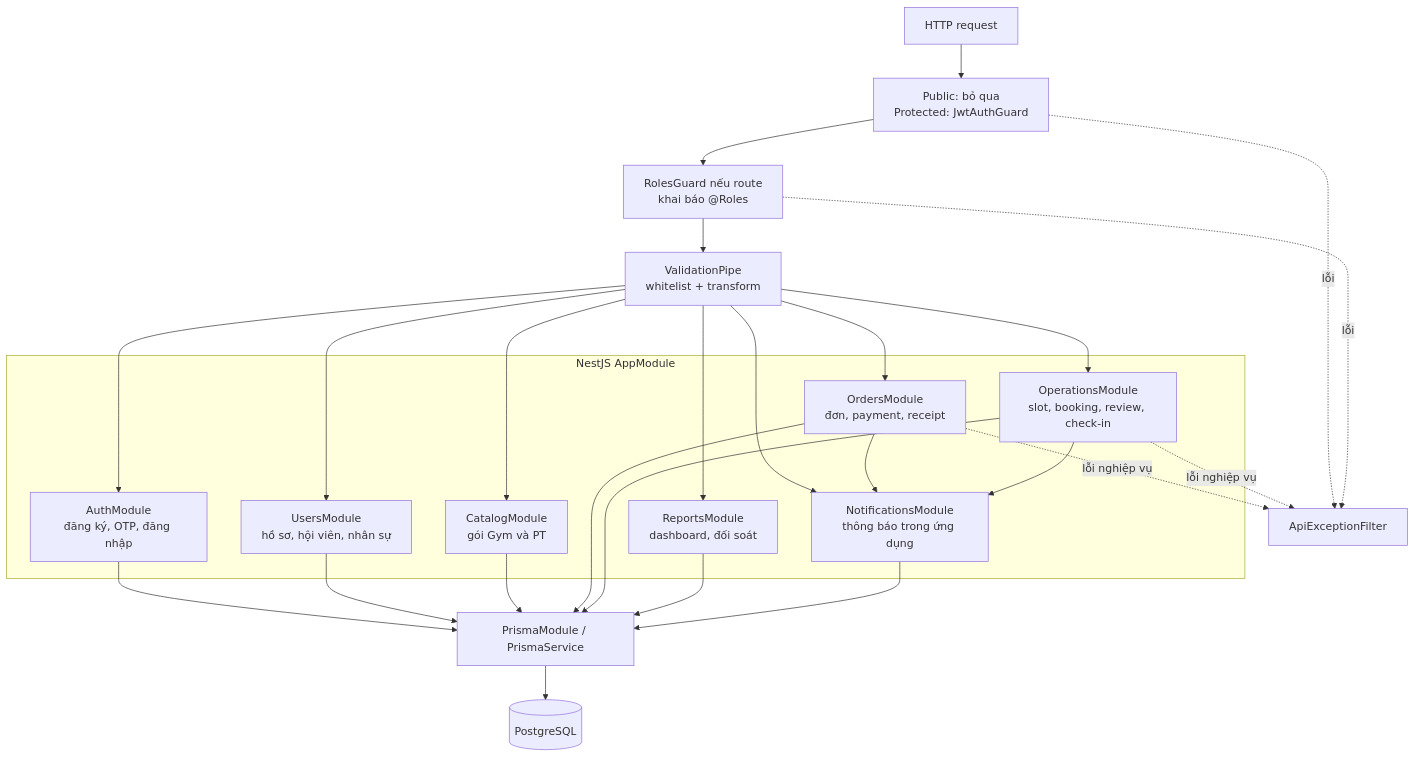
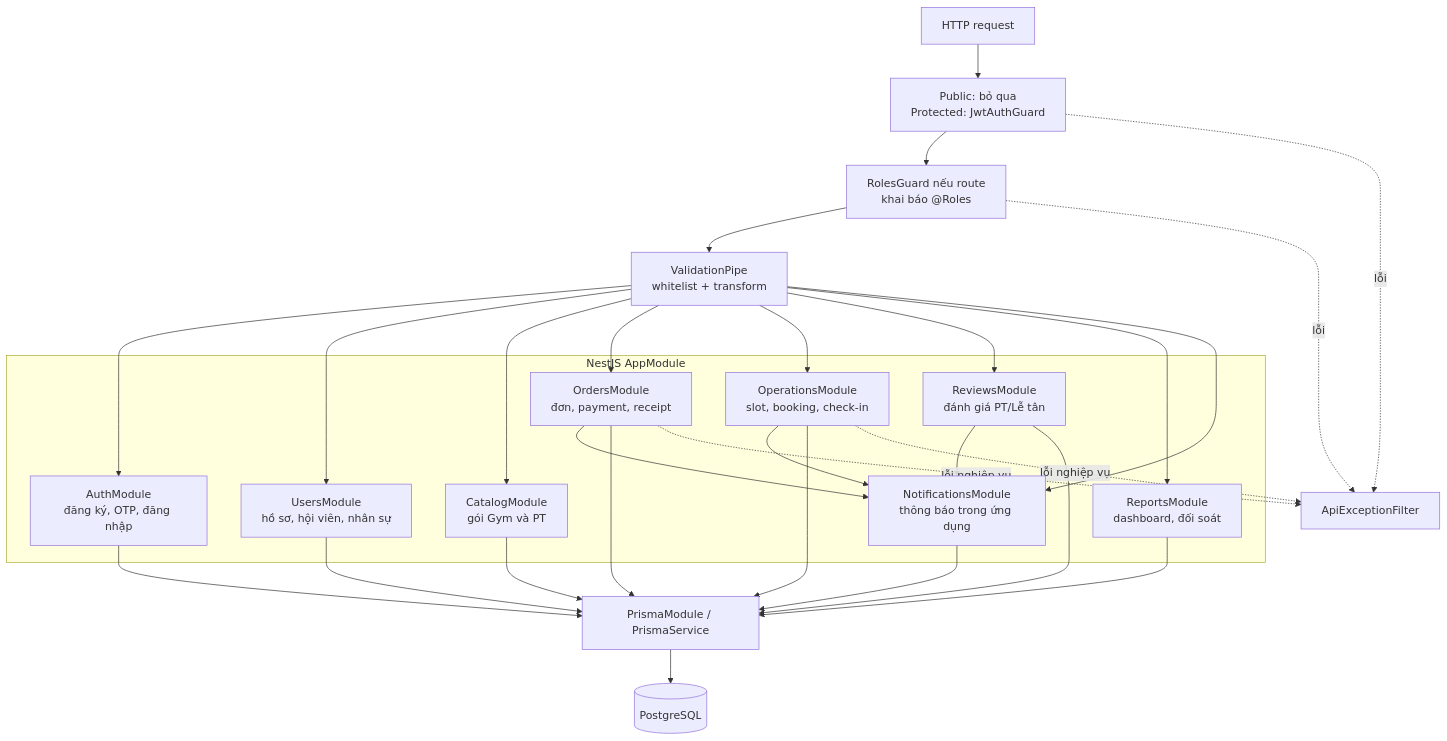
One commit to vhoanglong54/CNPM_GYM changed the third of 4 diagrams in docs/06-UML-Diagrams/Architecture.md. Above: the diagram before and after it, drawn with Mermaid. The commit also changed other lines of this file and 11 other files, not shown here.

````diff
--- a/docs/06-UML-Diagrams/Architecture.md
+++ b/docs/06-UML-Diagrams/Architecture.md
@@ -61,44 +61,48 @@
 ```mermaid
 flowchart TB
   Request[HTTP request]
   Pipe[ValidationPipe<br/>whitelist + transform]
   AuthGuard[Public: bỏ qua<br/>Protected: JwtAuthGuard]
   RoleGuard[RolesGuard nếu route<br/>khai báo @Roles]
   Filter[ApiExceptionFilter]
 
   subgraph Modules[NestJS AppModule]
     Auth[AuthModule<br/>đăng ký, OTP, đăng nhập]
     Users[UsersModule<br/>hồ sơ, hội viên, nhân sự]
     Catalog[CatalogModule<br/>gói Gym và PT]
     Orders[OrdersModule<br/>đơn, payment, receipt]
-    Operations[OperationsModule<br/>slot, booking, review, check-in]
+    Operations[OperationsModule<br/>slot, booking, check-in]
+    Reviews[ReviewsModule<br/>đánh giá PT/Lễ tân]
     Reports[ReportsModule<br/>dashboard, đối soát]
     Notifications[NotificationsModule<br/>thông báo trong ứng dụng]
   end
 
   Prisma[PrismaModule / PrismaService]
   Database[(PostgreSQL)]
 
   Request --> AuthGuard --> RoleGuard --> Pipe
   Pipe --> Auth
   Pipe --> Users
   Pipe --> Catalog
   Pipe --> Orders
   Pipe --> Operations
+  Pipe --> Reviews
   Pipe --> Reports
   Pipe --> Notifications
   Orders --> Notifications
   Operations --> Notifications
+  Reviews --> Notifications
   Auth --> Prisma
   Users --> Prisma
   Catalog --> Prisma
   Orders --> Prisma
   Operations --> Prisma
+  Reviews --> Prisma
   Reports --> Prisma
   Notifications --> Prisma
   Prisma --> Database
   AuthGuard -. lỗi .-> Filter
   RoleGuard -. lỗi .-> Filter
   Orders -. lỗi nghiệp vụ .-> Filter
   Operations -. lỗi nghiệp vụ .-> Filter
 ```
````
